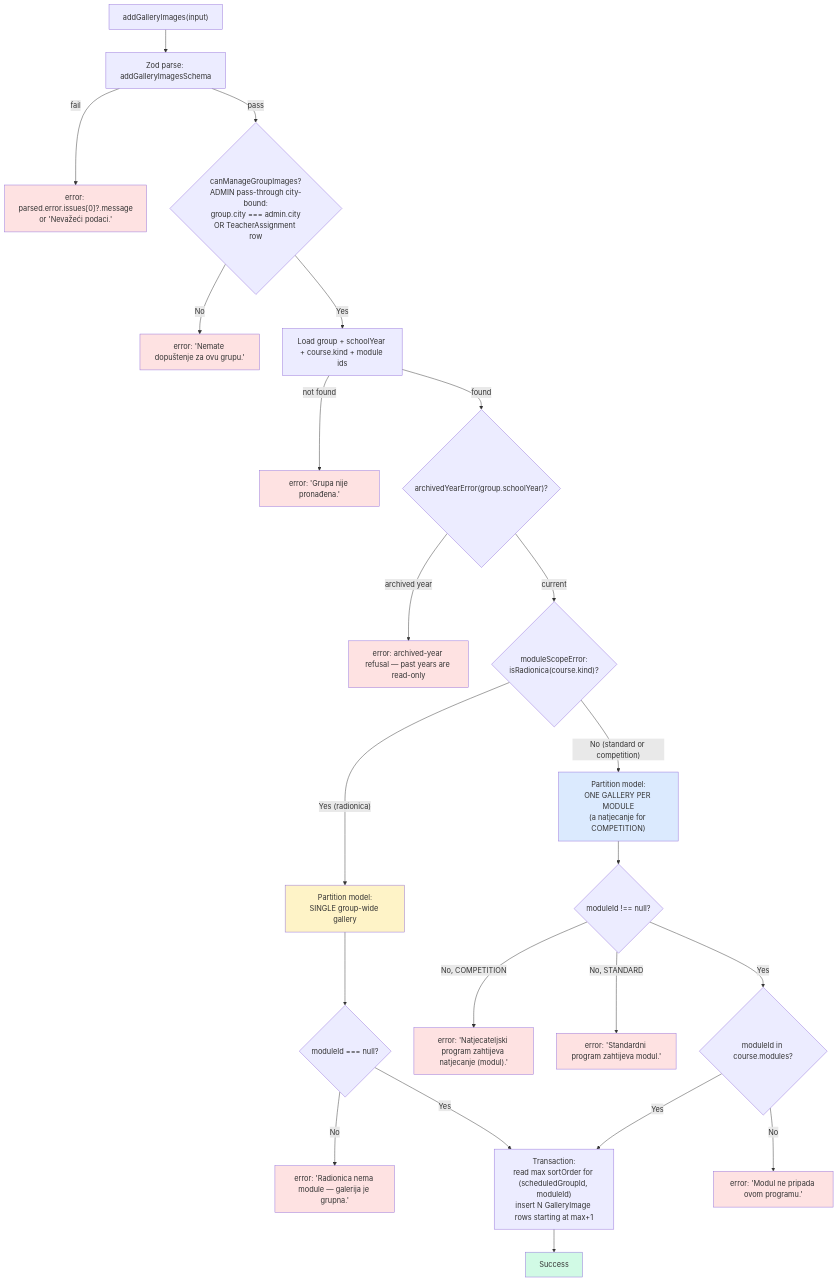
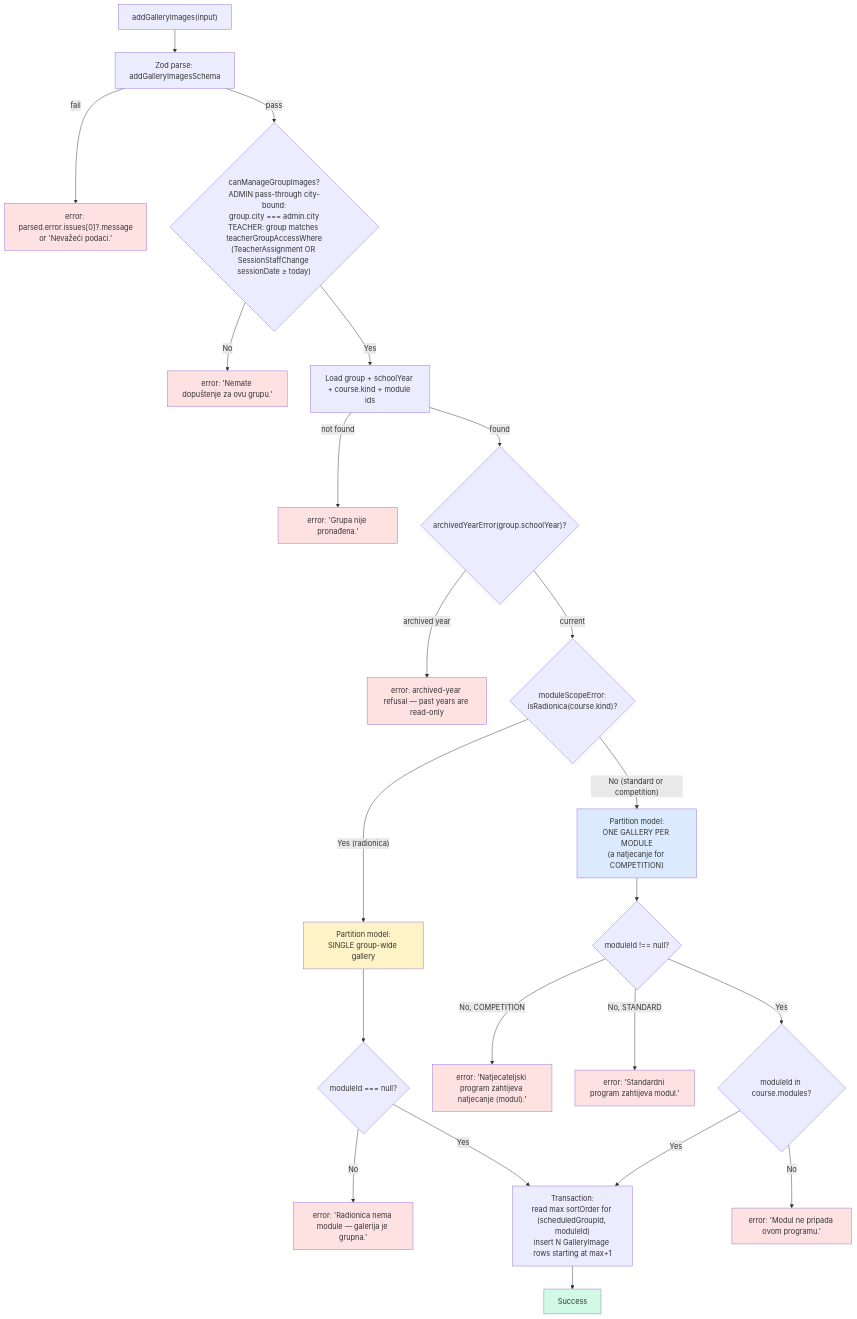
The first of 4 diagrams in docs/diagrams/gallery-scope.md (jpucic00/inovatic), drawn with Mermaid before and after one commit. The commit also changed other lines of this file and 19 other files, not shown here.

````diff
--- a/docs/diagrams/gallery-scope.md
+++ b/docs/diagrams/gallery-scope.md
@@ -15,39 +15,39 @@
 ```mermaid
 flowchart TD
     A["addGalleryImages(input)"] --> Z[Zod parse: addGalleryImagesSchema]
     Z -->|fail| ZE["error: parsed.error.issues[0]?.message<br/>or 'Nevažeći podaci.'"]
-    Z -->|pass| P{canManageGroupImages?<br/>ADMIN pass-through city-bound:<br/>group.city === admin.city<br/>OR TeacherAssignment row}
+    Z -->|pass| P{"canManageGroupImages?<br/>ADMIN pass-through city-bound:<br/>group.city === admin.city<br/>TEACHER: group matches teacherGroupAccessWhere<br/>(TeacherAssignment OR SessionStaffChange sessionDate ≥ today)"}
     P -->|No| PE["error: 'Nemate dopuštenje za ovu grupu.'"]
     P -->|Yes| L[Load group + schoolYear + course.kind + module ids]
     L -->|not found| NF["error: 'Grupa nije pronađena.'"]
     L -->|found| AY{"archivedYearError(group.schoolYear)?"}
     AY -->|"archived year"| AE["error: archived-year refusal — past years are read-only"]
     AY -->|current| S{"moduleScopeError:<br/>isRadionica(course.kind)?"}
 
     S -->|"Yes (radionica)"| R["Partition model:<br/>SINGLE group-wide gallery"]
     R --> R1{moduleId === null?}
     R1 -->|No| RE["error: 'Radionica nema module — galerija je grupna.'"]
     R1 -->|Yes| INS
 
     S -->|"No (standard or competition)"| ST["Partition model:<br/>ONE GALLERY PER MODULE<br/>(a natjecanje for COMPETITION)"]
     ST --> ST1{moduleId !== null?}
     ST1 -->|"No, COMPETITION"| SE0["error: 'Natjecateljski program zahtijeva natjecanje (modul).'"]
     ST1 -->|"No, STANDARD"| SE1["error: 'Standardni program zahtijeva modul.'"]
     ST1 -->|Yes| ST2{moduleId in course.modules?}
     ST2 -->|No| SE2["error: 'Modul ne pripada ovom programu.'"]
     ST2 -->|Yes| INS
 
     INS["Transaction:<br/>read max sortOrder for (scheduledGroupId, moduleId)<br/>insert N GalleryImage rows starting at max+1"] --> OK[Success]
 
     style OK fill:#d1fae5
     style R fill:#fef3c7
     style ST fill:#dbeafe
     style ZE fill:#fee2e2
     style PE fill:#fee2e2
     style NF fill:#fee2e2
     style AE fill:#fee2e2
     style RE fill:#fee2e2
     style SE0 fill:#fee2e2
     style SE1 fill:#fee2e2
     style SE2 fill:#fee2e2
 ```
````
